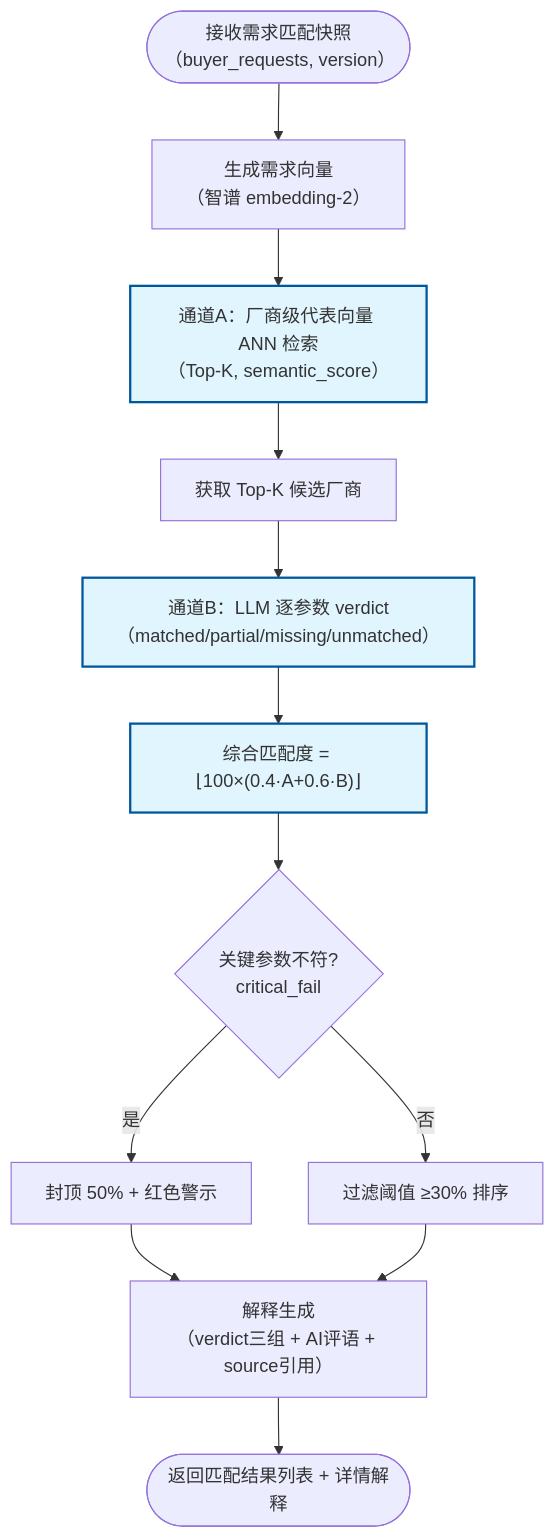
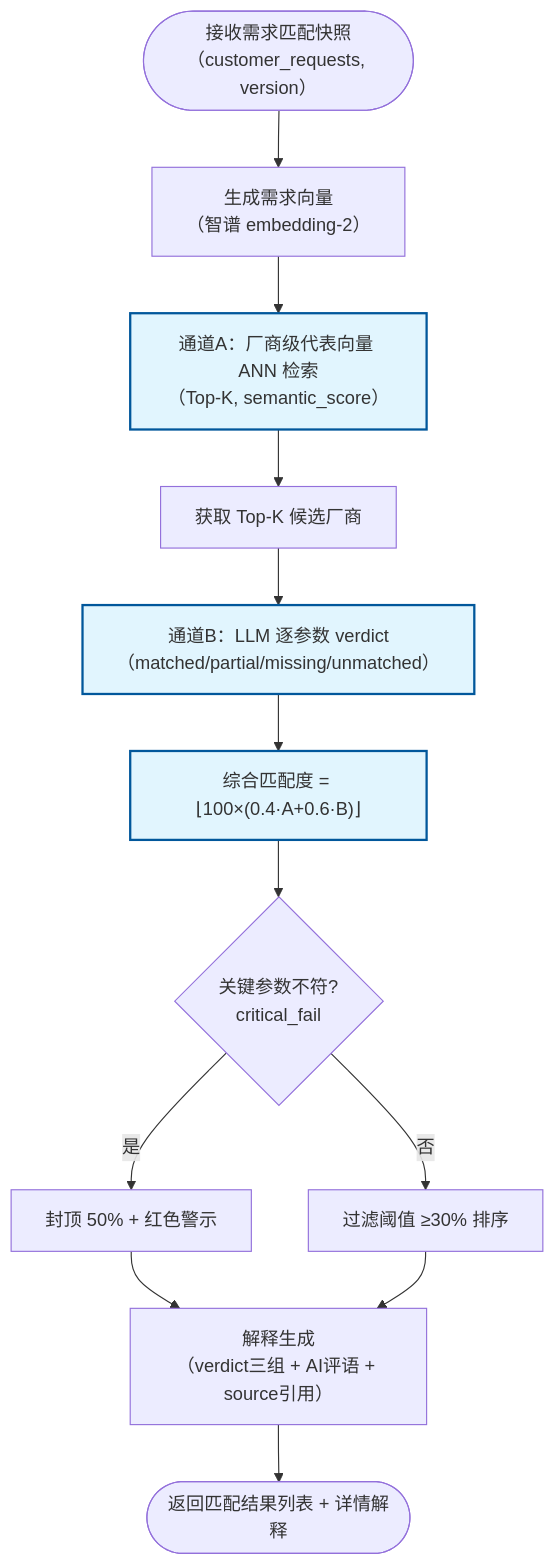
The seventh of 9 diagrams in doc/系统/系统架构设计.md (ivgotcrazy/xmsn-demo), drawn with Mermaid before and after one commit. The commit also changed other lines of this file and 246 other files, not shown here.

````diff
--- a/doc/系统/系统架构设计.md
+++ b/doc/系统/系统架构设计.md
@@ -786,23 +786,23 @@
 ```mermaid
 flowchart TD
-    Input(["接收需求匹配快照<br/>（buyer_requests, version）"]) --> GenVector["生成需求向量<br/>（智谱 embedding-2）"]
+    Input(["接收需求匹配快照<br/>（customer_requests, version）"]) --> GenVector["生成需求向量<br/>（智谱 embedding-2）"]
     
     GenVector --> ChannelA["通道A：厂商级代表向量 ANN 检索<br/>（Top-K, semantic_score）"]
     
     ChannelA --> GetTopK["获取 Top-K 候选厂商"]
     
     GetTopK --> ChannelB["通道B：LLM 逐参数 verdict<br/>（matched/partial/missing/unmatched）"]
     
     ChannelB --> Score["综合匹配度 = ⌊100×(0.4·A+0.6·B)⌋"]
     
     Score --> Check{"关键参数不符?<br/>critical_fail"}
     Check -- 是 --> Cap["封顶 50% + 红色警示"]
     Check -- 否 --> Thresh["过滤阈值 ≥30% 排序"]
     Cap --> Explain["解释生成<br/>（verdict三组 + AI评语 + source引用）"]
     Thresh --> Explain
     Explain --> Output(["返回匹配结果列表 + 详情解释"])
     
     %% 样式
     classDef layer fill:#e1f5fe,stroke:#01579b,stroke-width:2px;
     class ChannelA,ChannelB,Score layer;
 ```
````
